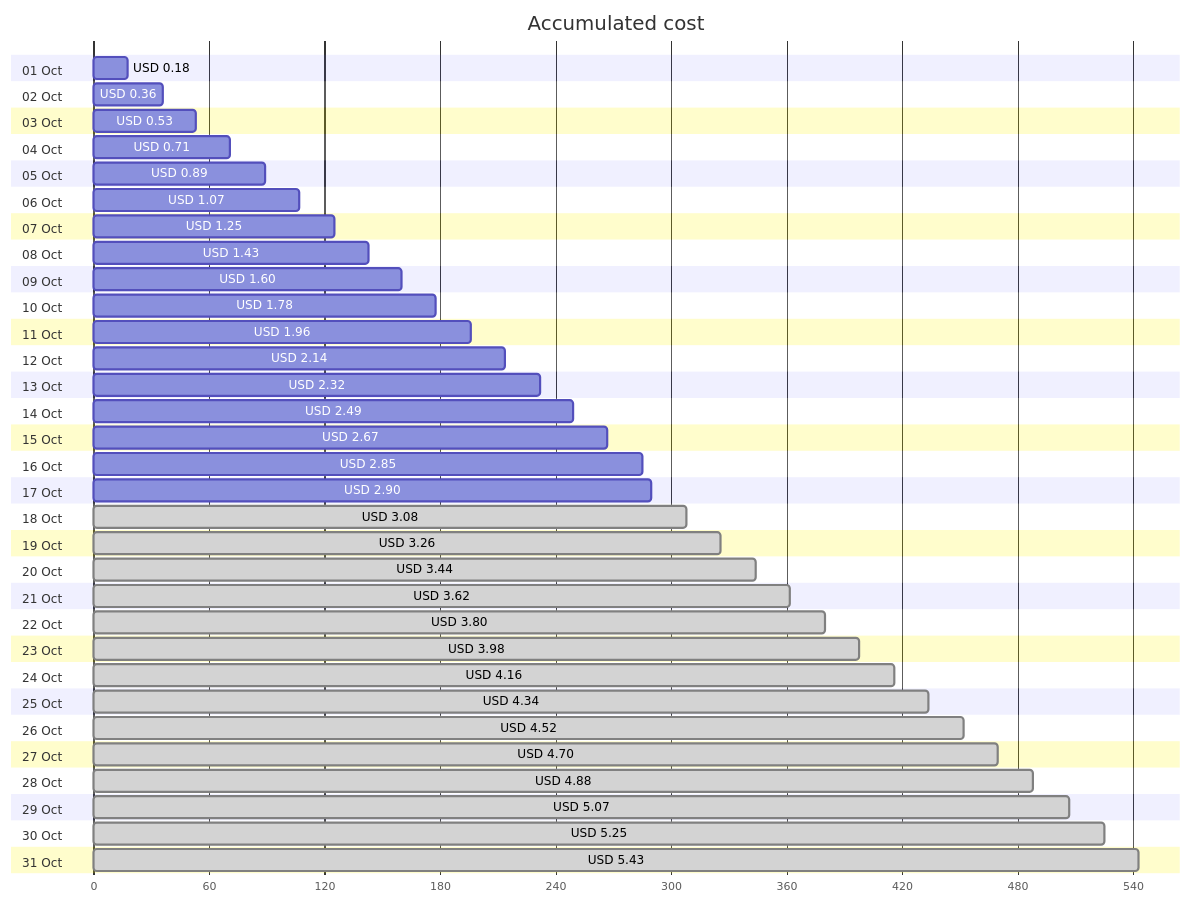
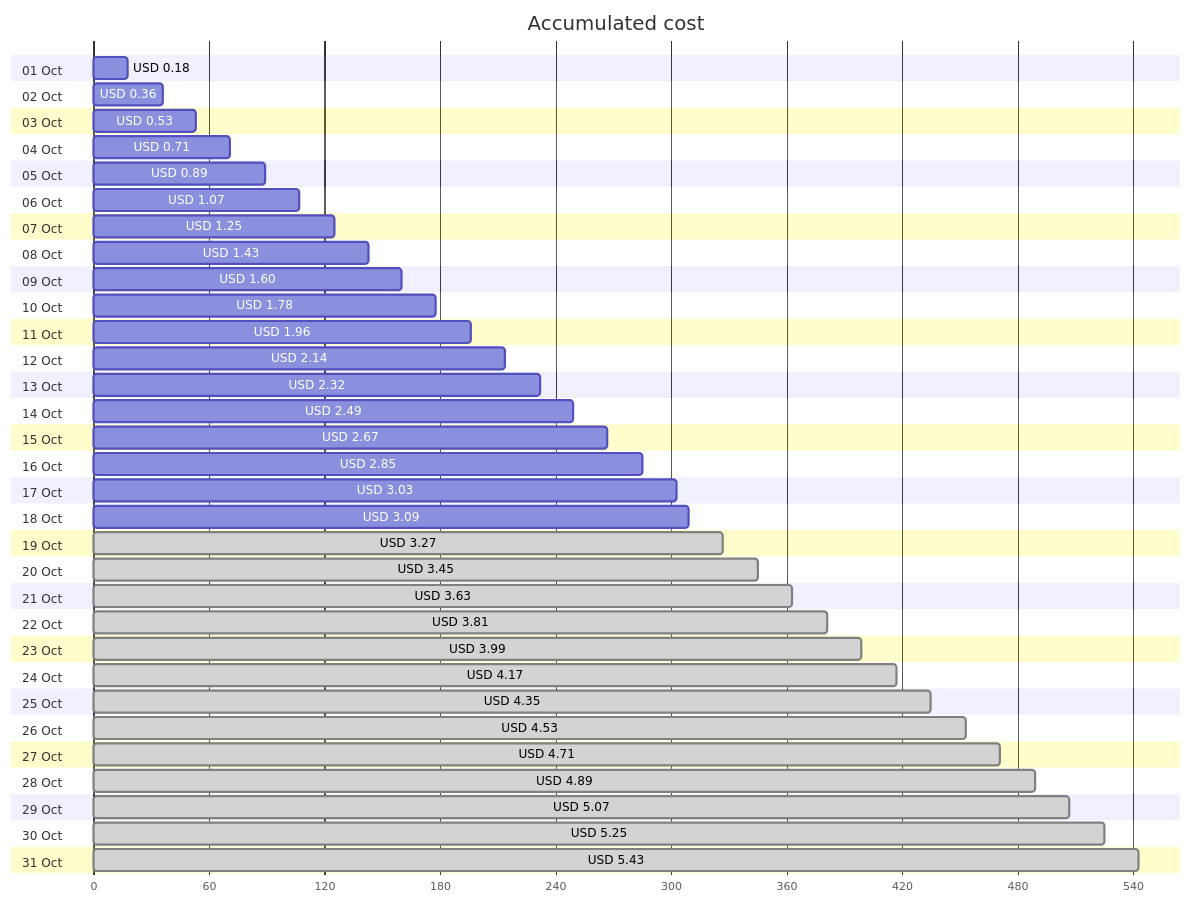
Before and after one commit to jpfulton/azure-personal-reports: the first of 4 diagrams in cost-reports/personal-network/backup-server.md, drawn with Mermaid. The commit also changed other lines of this file and 8 other files, not shown here.

````diff
--- a/cost-reports/personal-network/backup-server.md
+++ b/cost-reports/personal-network/backup-server.md
@@ -20,68 +20,68 @@
 ```mermaid
 gantt
    title Accumulated cost
    dateFormat  X
    axisFormat %s
    section 01 Oct
    USD 0.18 :0, 18
    section 02 Oct
    USD 0.36 :0, 36
    section 03 Oct
    USD 0.53 :0, 53
    section 04 Oct
    USD 0.71 :0, 71
    section 05 Oct
    USD 0.89 :0, 89
    section 06 Oct
    USD 1.07 :0, 107
    section 07 Oct
    USD 1.25 :0, 125
    section 08 Oct
    USD 1.43 :0, 143
    section 09 Oct
    USD 1.60 :0, 160
    section 10 Oct
    USD 1.78 :0, 178
    section 11 Oct
    USD 1.96 :0, 196
    section 12 Oct
    USD 2.14 :0, 214
    section 13 Oct
    USD 2.32 :0, 232
    section 14 Oct
    USD 2.49 :0, 249
    section 15 Oct
    USD 2.67 :0, 267
    section 16 Oct
    USD 2.85 :0, 285
    section 17 Oct
-   USD 2.90 :0, 290
+   USD 3.03 :0, 303
    section 18 Oct
-   USD 3.08 : done, 0, 308
+   USD 3.09 :0, 309
    section 19 Oct
-   USD 3.26 : done, 0, 326
+   USD 3.27 : done, 0, 327
    section 20 Oct
-   USD 3.44 : done, 0, 344
+   USD 3.45 : done, 0, 345
    section 21 Oct
-   USD 3.62 : done, 0, 362
+   USD 3.63 : done, 0, 363
    section 22 Oct
-   USD 3.80 : done, 0, 380
+   USD 3.81 : done, 0, 381
    section 23 Oct
-   USD 3.98 : done, 0, 398
+   USD 3.99 : done, 0, 399
    section 24 Oct
-   USD 4.16 : done, 0, 416
+   USD 4.17 : done, 0, 417
    section 25 Oct
-   USD 4.34 : done, 0, 434
+   USD 4.35 : done, 0, 435
    section 26 Oct
-   USD 4.52 : done, 0, 452
+   USD 4.53 : done, 0, 453
    section 27 Oct
-   USD 4.70 : done, 0, 470
+   USD 4.71 : done, 0, 471
    section 28 Oct
-   USD 4.88 : done, 0, 488
+   USD 4.89 : done, 0, 489
    section 29 Oct
    USD 5.07 : done, 0, 507
    section 30 Oct
    USD 5.25 : done, 0, 525
    section 31 Oct
    USD 5.43 : done, 0, 543
 ```
````
